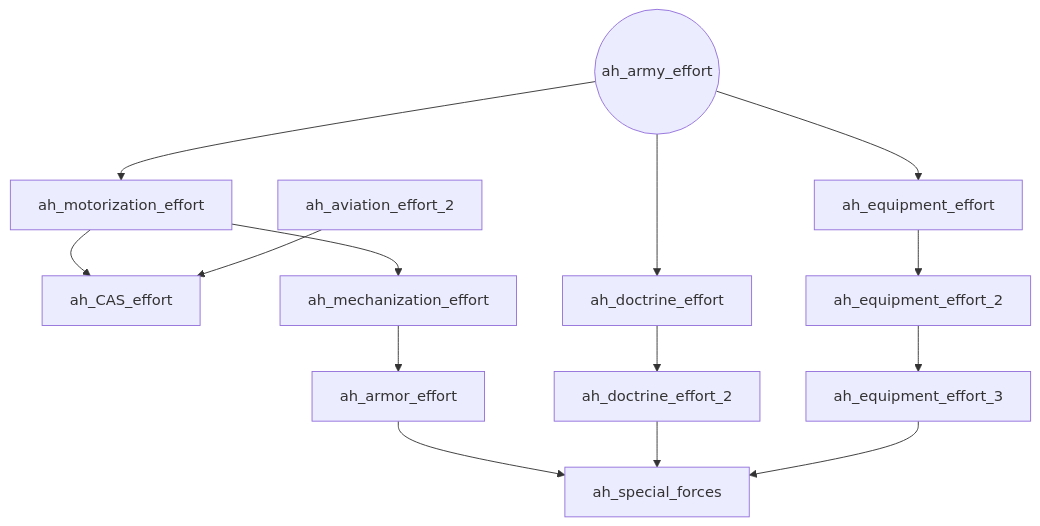
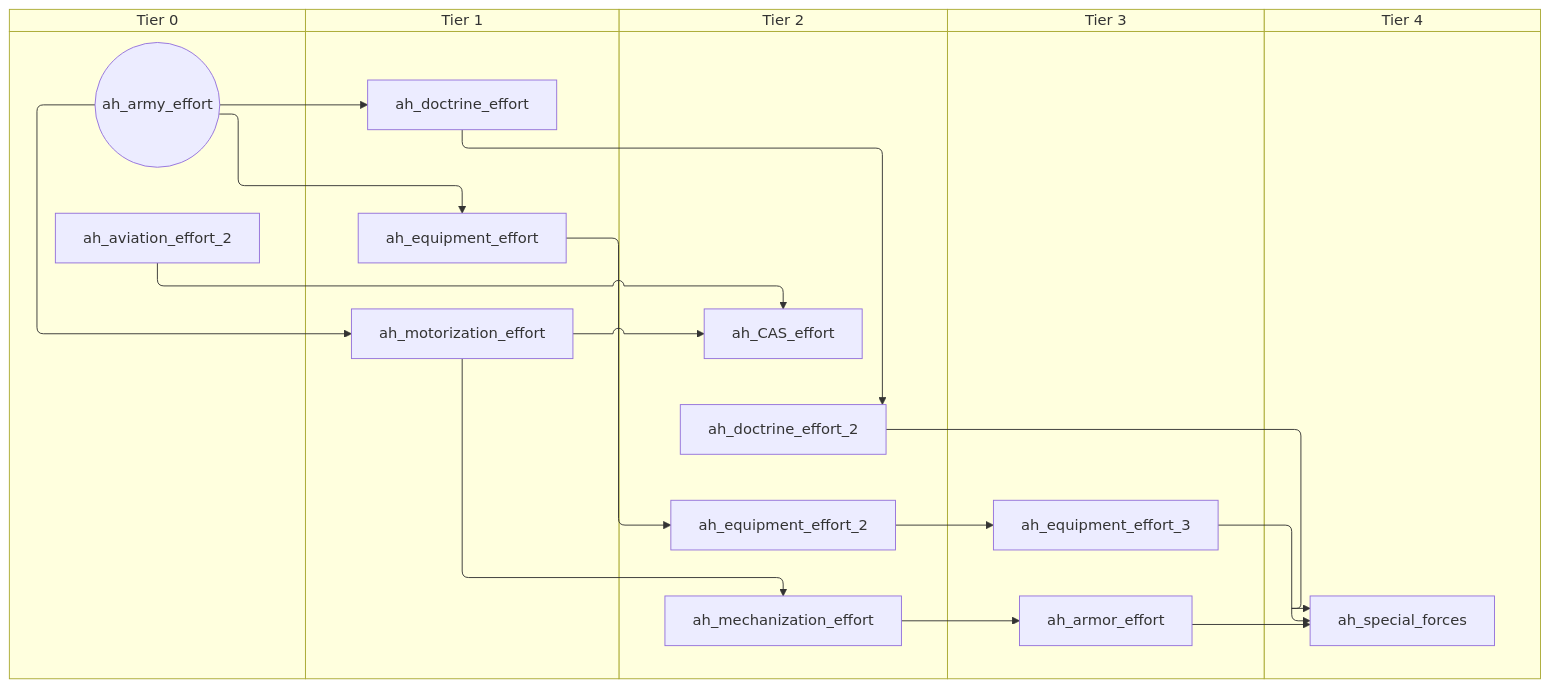
Before and after one commit to evgeny-sobol/hoi4-sandbox-mode-r56: the first of 5 diagrams in docs/gdd/National Focuses/r56/austro_hungarian_releasable_shared.md, drawn with Mermaid. The commit also changed other lines of this file and 423 other files, not shown here.

First line of the commit message:
Re-export Rt56 focus trees as swimlane diagrams

````diff
--- a/docs/gdd/National Focuses/r56/austro_hungarian_releasable_shared.md
+++ b/docs/gdd/National Focuses/r56/austro_hungarian_releasable_shared.md
@@ -3,28 +3,38 @@
 ```mermaid
-flowchart TD
-    n1["ah_CAS_effort"]
-    n2["ah_armor_effort"]
-    n3(("ah_army_effort"))
-    n4["ah_aviation_effort_2"]
-    n5["ah_doctrine_effort"]
-    n6["ah_doctrine_effort_2"]
-    n7["ah_equipment_effort"]
-    n8["ah_equipment_effort_2"]
-    n9["ah_equipment_effort_3"]
-    n10["ah_mechanization_effort"]
-    n11["ah_motorization_effort"]
-    n12["ah_special_forces"]
-    n4 --> n1
-    n11 --> n1
-    n10 --> n2
-    n3 --> n5
+swimlane-beta TD
+    subgraph tier_0["Tier 0"]
+        n1(("ah_army_effort"))
+        n2["ah_aviation_effort_2"]
+    end
+    subgraph tier_1["Tier 1"]
+        n3["ah_doctrine_effort"]
+        n4["ah_equipment_effort"]
+        n5["ah_motorization_effort"]
+    end
+    subgraph tier_2["Tier 2"]
+        n6["ah_CAS_effort"]
+        n7["ah_doctrine_effort_2"]
+        n8["ah_equipment_effort_2"]
+        n9["ah_mechanization_effort"]
+    end
+    subgraph tier_3["Tier 3"]
+        n10["ah_armor_effort"]
+        n11["ah_equipment_effort_3"]
+    end
+    subgraph tier_4["Tier 4"]
+        n12["ah_special_forces"]
+    end
+    n2 --> n6
     n5 --> n6
+    n9 --> n10
+    n1 --> n3
     n3 --> n7
-    n7 --> n8
-    n8 --> n9
-    n11 --> n10
-    n3 --> n11
-    n9 --> n12
-    n6 --> n12
-    n2 --> n12
+    n1 --> n4
+    n4 --> n8
+    n8 --> n11
+    n5 --> n9
+    n1 --> n5
+    n11 --> n12
+    n7 --> n12
+    n10 --> n12
 ```
````
